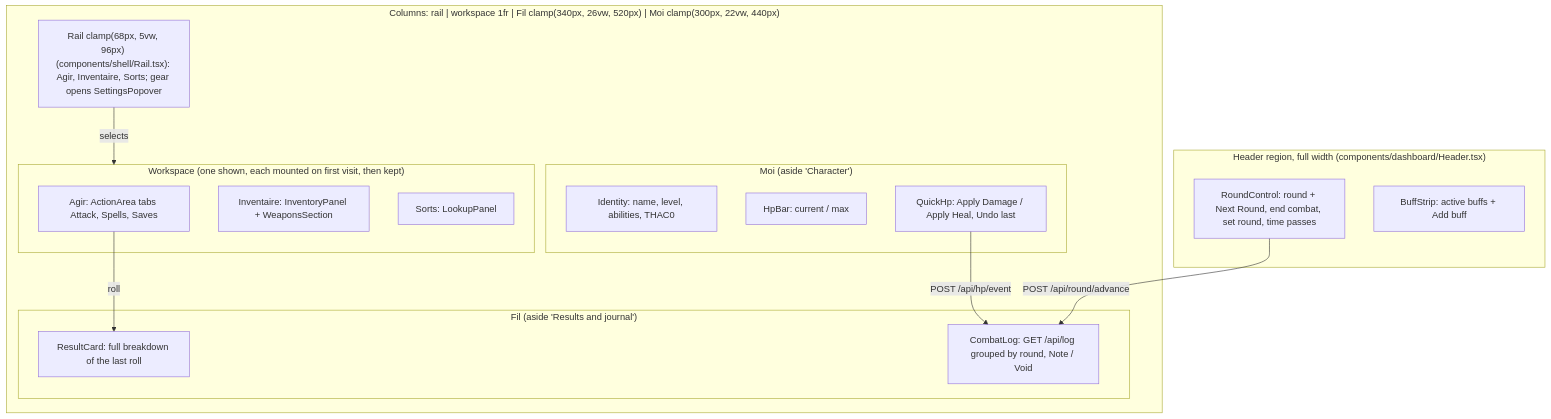
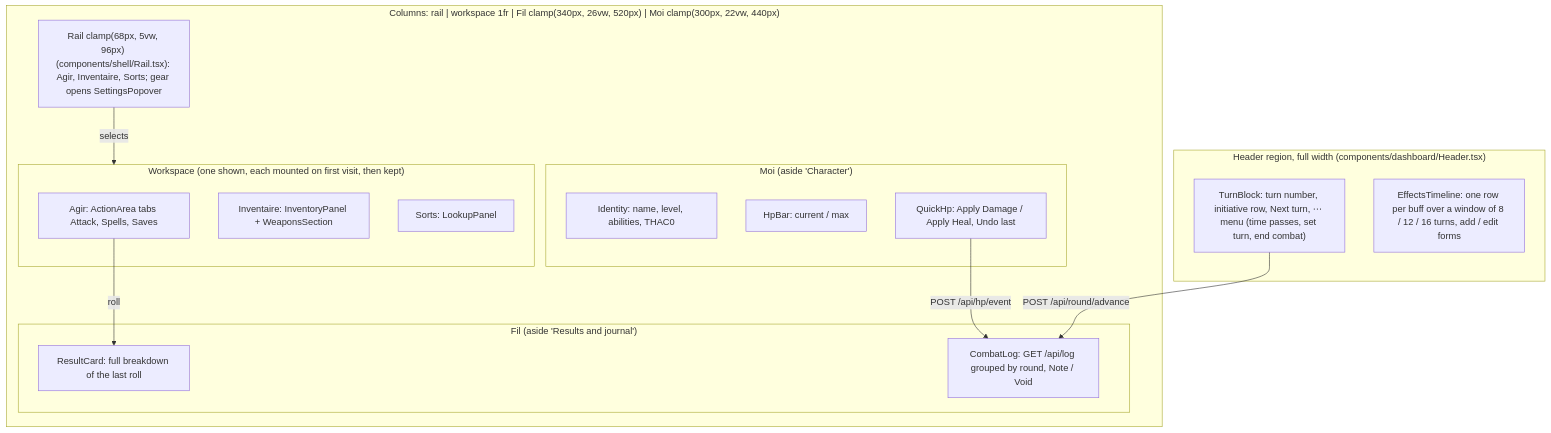
Before and after one commit to ceffo/critical: the diagram in docs/frontend.md, drawn with Mermaid. The commit also changed other lines of this file and 41 other files, not shown here.

````diff
--- a/docs/frontend.md
+++ b/docs/frontend.md
@@ -37,28 +37,28 @@
 ```mermaid
 flowchart TD
   subgraph H["Header region, full width (components/dashboard/Header.tsx)"]
-    RC["RoundControl: round + Next Round, end combat, set round, time passes"]
-    BS["BuffStrip: active buffs + Add buff"]
+    RC["TurnBlock: turn number, initiative row, Next turn, ⋯ menu (time passes, set turn, end combat)"]
+    BS["EffectsTimeline: one row per buff over a window of 8 / 12 / 16 turns, add / edit forms"]
   end
   subgraph G["Columns: rail | workspace 1fr | Fil clamp(340px, 26vw, 520px) | Moi clamp(300px, 22vw, 440px)"]
     RAIL["Rail clamp(68px, 5vw, 96px) (components/shell/Rail.tsx): Agir, Inventaire, Sorts; gear opens SettingsPopover"]
     subgraph WS["Workspace (one shown, each mounted on first visit, then kept)"]
       ACT["Agir: ActionArea tabs Attack, Spells, Saves"]
       INV["Inventaire: InventoryPanel + WeaponsSection"]
       SP["Sorts: LookupPanel"]
     end
     subgraph FIL["Fil (aside 'Results and journal')"]
       RCARD["ResultCard: full breakdown of the last roll"]
       CL["CombatLog: GET /api/log grouped by round, Note / Void"]
     end
     subgraph MOI["Moi (aside 'Character')"]
       ID["Identity: name, level, abilities, THAC0"]
       HP["HpBar: current / max"]
       QH["QuickHp: Apply Damage / Apply Heal, Undo last"]
     end
   end
   RAIL -->|selects| WS
   ACT -->|roll| RCARD
   QH -->|POST /api/hp/event| CL
   RC -->|POST /api/round/advance| CL
 ```
````
